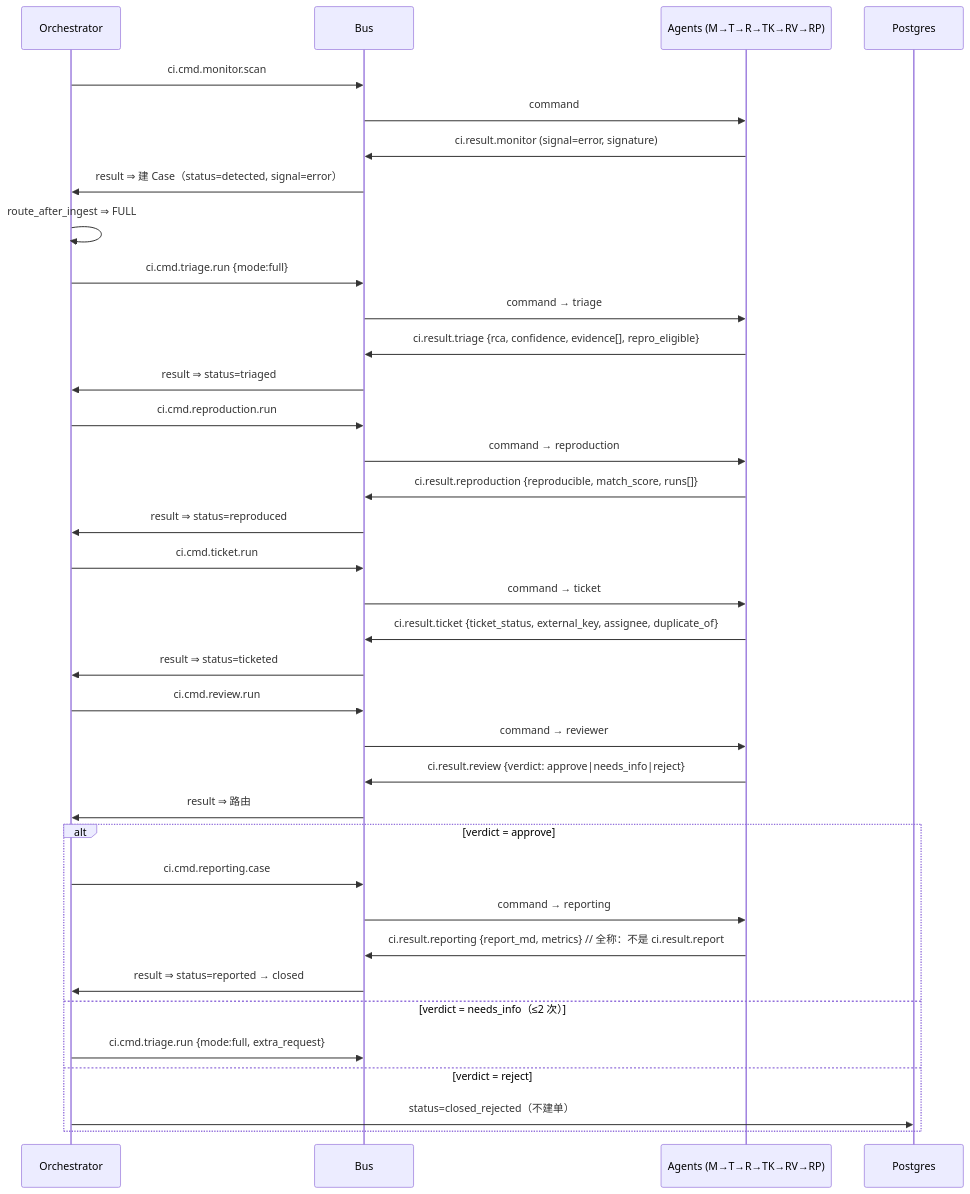
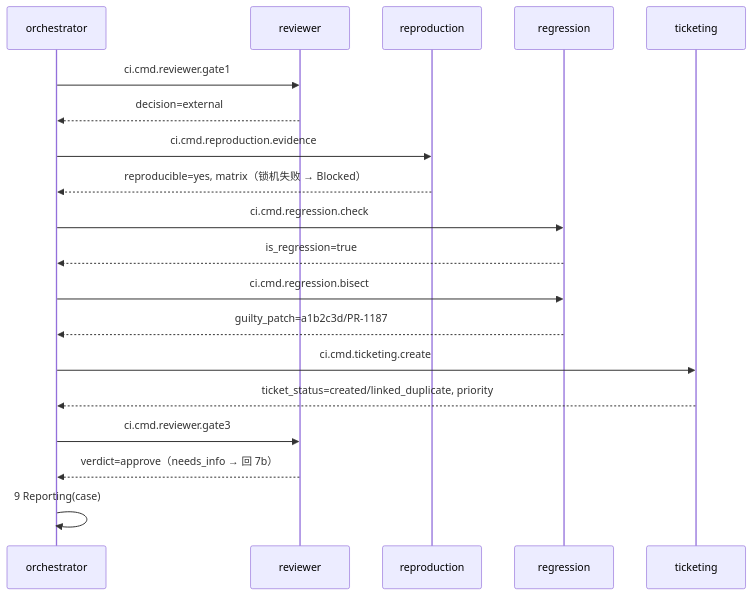
Before and after one commit to IQE-SUZHOU/iqe-agent-orchestrator: the third of 4 diagrams in docs/architecture/01-架构总览.md, drawn with Mermaid. The commit also changed other lines of this file and 10 other files, not shown here.

````diff
--- a/docs/architecture/01-架构总览.md
+++ b/docs/architecture/01-架构总览.md
@@ -94,44 +64,21 @@
 ```mermaid
 sequenceDiagram
-  participant O as Orchestrator
-  participant B as Bus
-  participant AG as Agents (M→T→R→TK→RV→RP)
-  participant D as Postgres
-
-  O->>B: ci.cmd.monitor.scan
-  B->>AG: command
-  AG->>B: ci.result.monitor (signal=error, signature)
-  B->>O: result ⇒ 建 Case（status=detected, signal=error）
-  O->>O: route_after_ingest ⇒ FULL
-
-  O->>B: ci.cmd.triage.run {mode:full}
-  B->>AG: command → triage
-  AG->>B: ci.result.triage {rca, confidence, evidence[], repro_eligible}
-  B->>O: result ⇒ status=triaged
-
-  O->>B: ci.cmd.reproduction.run
-  B->>AG: command → reproduction
-  AG->>B: ci.result.reproduction {reproducible, match_score, runs[]}
-  B->>O: result ⇒ status=reproduced
-
-  O->>B: ci.cmd.ticket.run
-  B->>AG: command → ticket
-  AG->>B: ci.result.ticket {ticket_status, external_key, assignee, duplicate_of}
-  B->>O: result ⇒ status=ticketed
-
-  O->>B: ci.cmd.review.run
-  B->>AG: command → reviewer
-  AG->>B: ci.result.review {verdict: approve|needs_info|reject}
-  B->>O: result ⇒ 路由
-
-  alt verdict = approve
-    O->>B: ci.cmd.reporting.case
-    B->>AG: command → reporting
-    AG->>B: ci.result.reporting {report_md, metrics}   // 全称：不是 ci.result.report
-    B->>O: result ⇒ status=reported → closed
-  else verdict = needs_info（≤2 次）
-    O->>B: ci.cmd.triage.run {mode:full, extra_request}
-  else verdict = reject
-    O->>D: status=closed_rejected（不建单）
-  end
+  participant O as orchestrator
+  participant R as reviewer
+  participant P as reproduction
+  participant G as regression
+  participant K as ticketing
+  O->>R: ci.cmd.reviewer.gate1
+  R-->>O: decision=external
+  O->>P: ci.cmd.reproduction.evidence
+  P-->>O: reproducible=yes, matrix（锁机失败 → Blocked）
+  O->>G: ci.cmd.regression.check
+  G-->>O: is_regression=true
+  O->>G: ci.cmd.regression.bisect
+  G-->>O: guilty_patch=a1b2c3d/PR-1187
+  O->>K: ci.cmd.ticketing.create
+  K-->>O: ticket_status=created/linked_duplicate, priority
+  O->>R: ci.cmd.reviewer.gate3
+  R-->>O: verdict=approve（needs_info → 回 7b）
+  O->>O: 9 Reporting(case)
 ```
````
